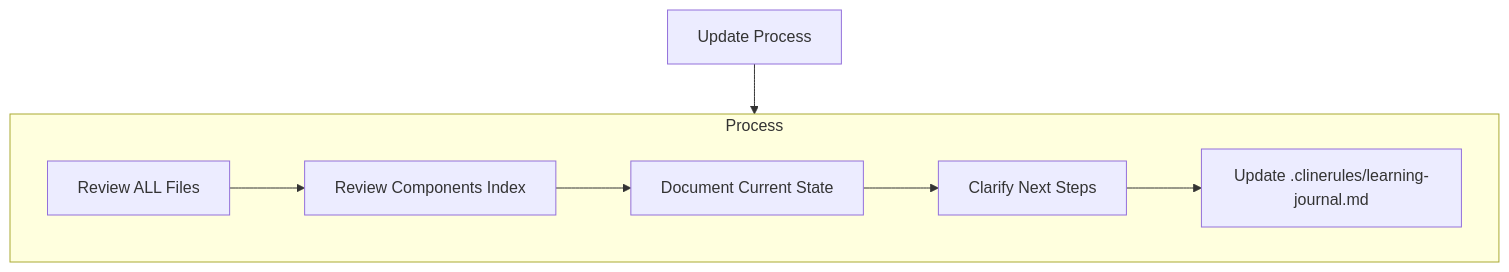
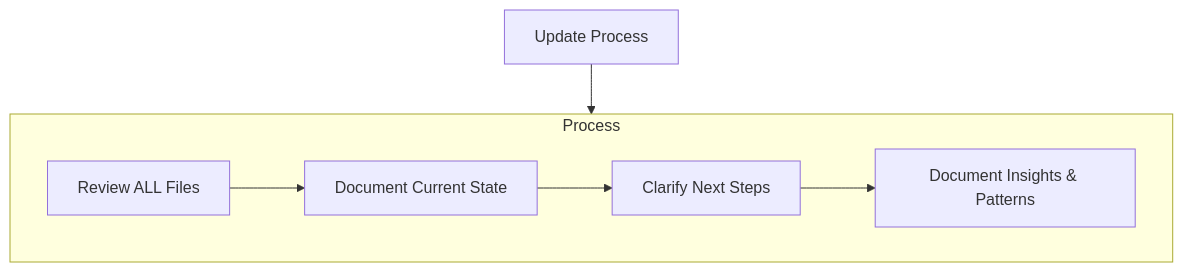
The fourth of 4 diagrams in .clinerules/memory-bank.md (gitpod-io/gitpod), drawn with Mermaid before and after one commit. The commit also changed other lines of this file and 4 other files, not shown here.

````diff
--- a/.clinerules/memory-bank.md
+++ b/.clinerules/memory-bank.md
@@ -118,16 +119,15 @@
 ```mermaid
 flowchart TD
     Start[Update Process]
 
     subgraph Process
         P1[Review ALL Files]
-        P2[Review Components Index]
-        P3[Document Current State]
-        P4[Clarify Next Steps]
-        P5[Update .clinerules/learning-journal.md]
+        P2[Document Current State]
+        P3[Clarify Next Steps]
+        P4[Document Insights & Patterns]
 
-        P1 --> P2 --> P3 --> P4 --> P5
+        P1 --> P2 --> P3 --> P4
     end
 
     Start --> Process
 ```
````
